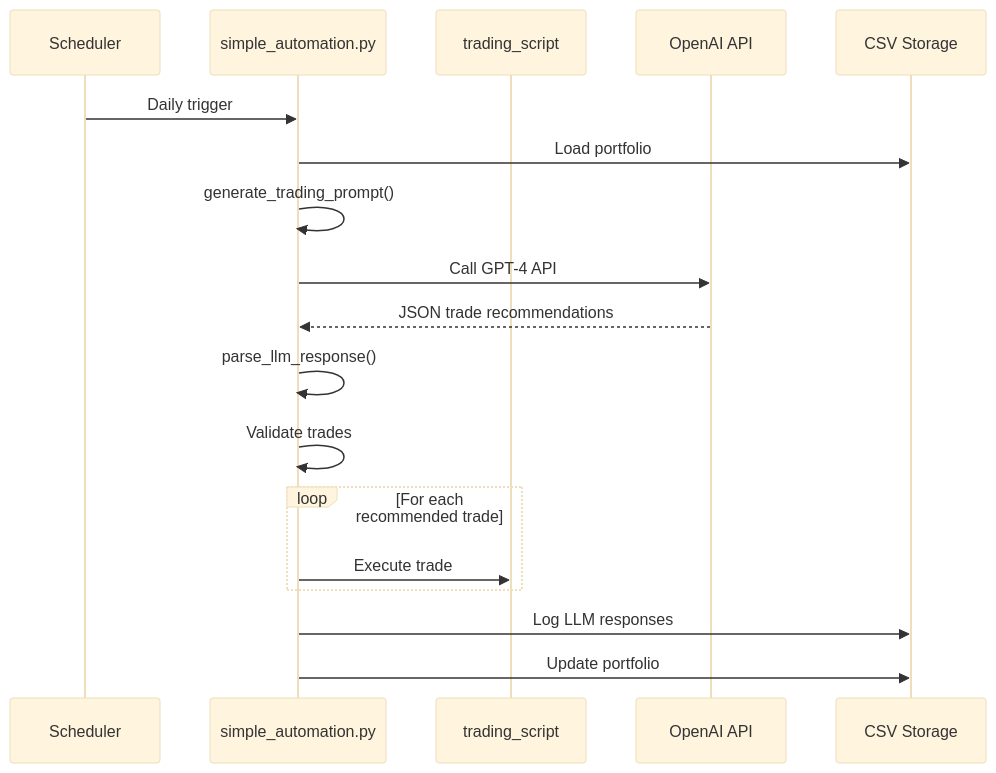
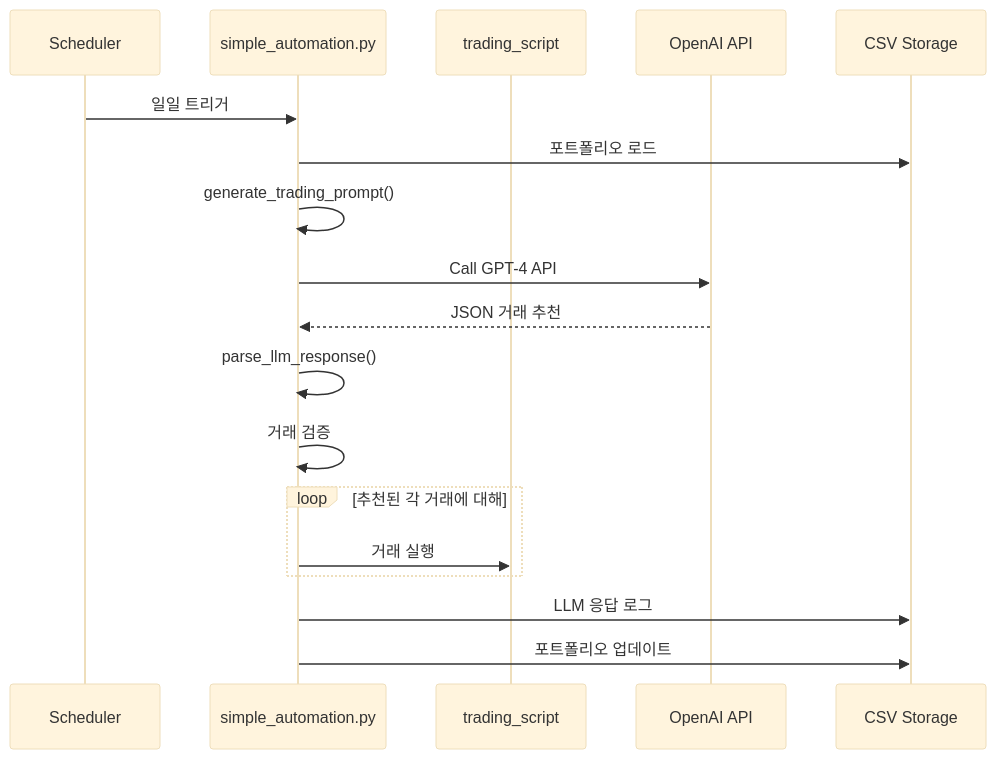
One commit to gyuha/investment-open-source-analysis changed the sixth of 10 diagrams in report/ChatGPT-Micro-Cap-Experiment/report-claude-sonnet.md. Above: the diagram before and after it, drawn with Mermaid (base theme). The commit also changed other lines of this file and 1 other file, not shown here.

Commit message:
Change graph orientation from TD to LR in report-claude-sonnet.md for improved readability of module dependencies

````diff
--- a/report/ChatGPT-Micro-Cap-Experiment/report-claude-sonnet.md
+++ b/report/ChatGPT-Micro-Cap-Experiment/report-claude-sonnet.md
@@ -350,24 +350,24 @@
 ```mermaid
 sequenceDiagram
     participant Scheduler
     participant simple_automation.py
     participant trading_script
     participant OpenAI API
     participant CSV Storage
 
-    Scheduler->>simple_automation.py: Daily trigger
-    simple_automation.py->>CSV Storage: Load portfolio
+    Scheduler->>simple_automation.py: 일일 트리거
+    simple_automation.py->>CSV Storage: 포트폴리오 로드
     simple_automation.py->>simple_automation.py: generate_trading_prompt()
     simple_automation.py->>OpenAI API: Call GPT-4 API
-    OpenAI API-->>simple_automation.py: JSON trade recommendations
+    OpenAI API-->>simple_automation.py: JSON 거래 추천
 
     simple_automation.py->>simple_automation.py: parse_llm_response()
-    simple_automation.py->>simple_automation.py: Validate trades
+    simple_automation.py->>simple_automation.py: 거래 검증
 
-    loop For each recommended trade
-        simple_automation.py->>trading_script: Execute trade
+    loop 추천된 각 거래에 대해
+        simple_automation.py->>trading_script: 거래 실행
     end
 
-    simple_automation.py->>CSV Storage: Log LLM responses
-    simple_automation.py->>CSV Storage: Update portfolio
+    simple_automation.py->>CSV Storage: LLM 응답 로그
+    simple_automation.py->>CSV Storage: 포트폴리오 업데이트
 ```
````
